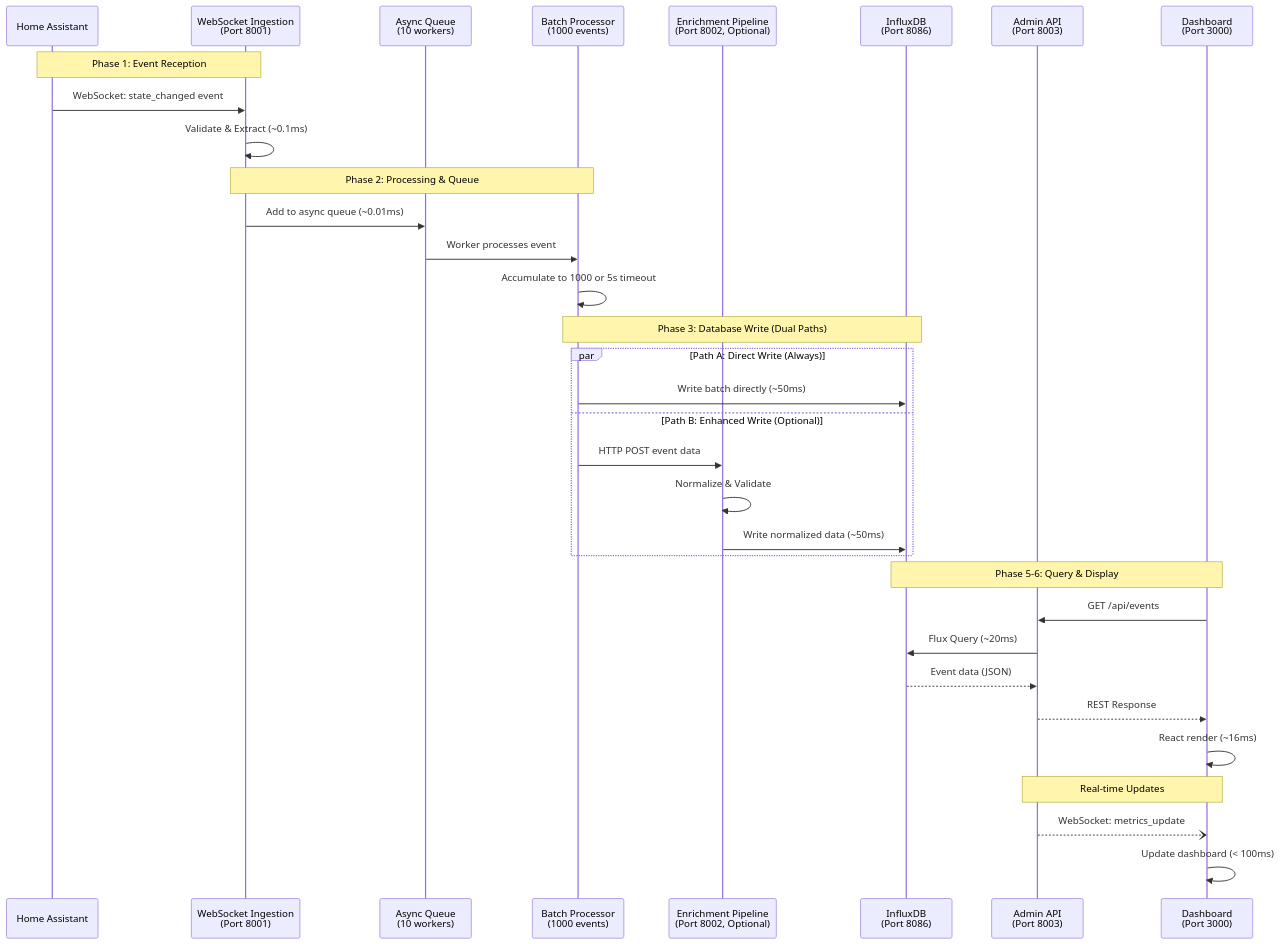
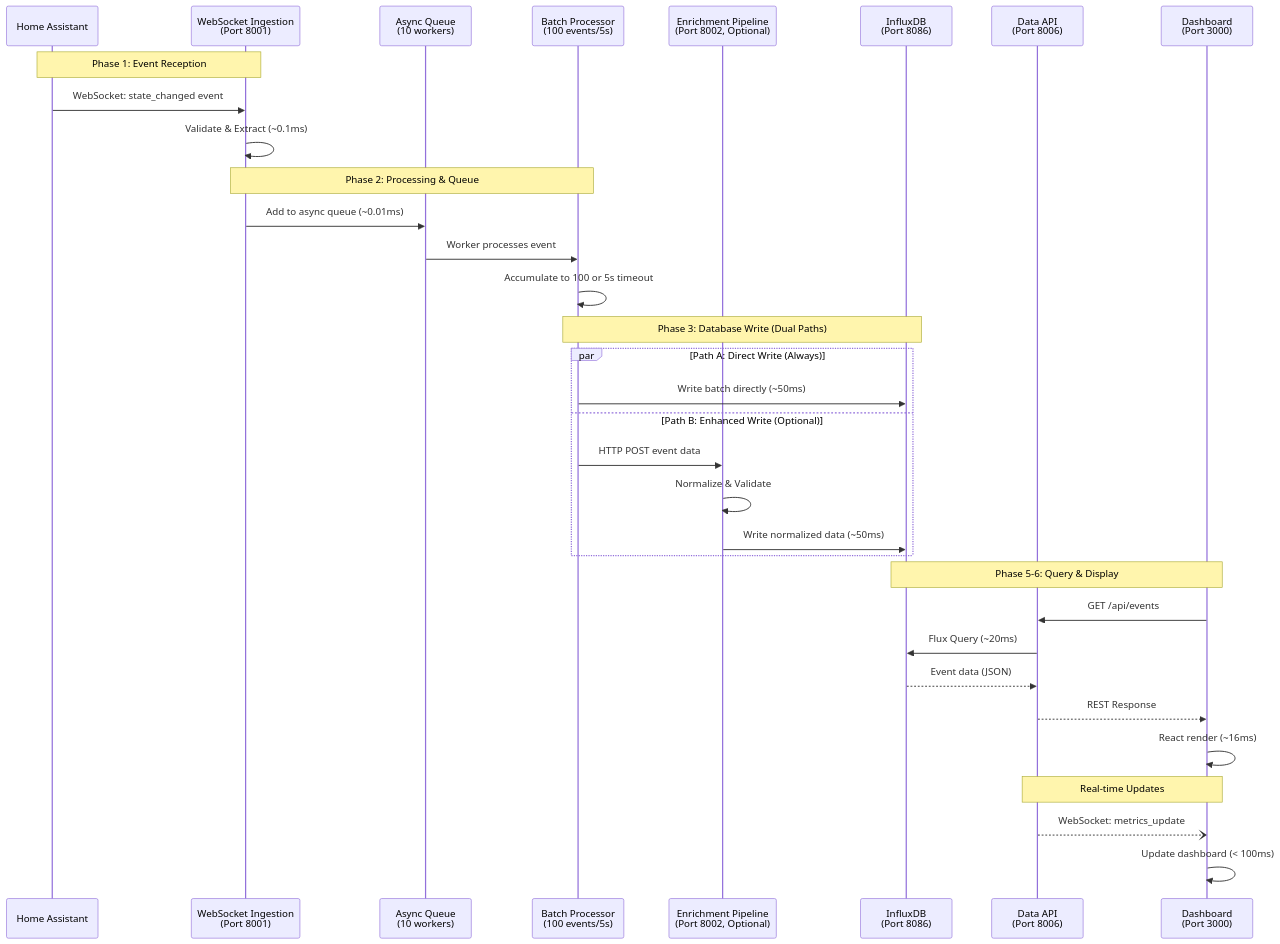
One commit to wtthornton/ha-ingestor changed the diagram in implementation/analysis/HA_EVENT_CALL_TREE.md. Above: the diagram before and after it, drawn with Mermaid. The commit also changed other lines of this file and 61 other files, not shown here.

````diff
--- a/implementation/analysis/HA_EVENT_CALL_TREE.md
+++ b/implementation/analysis/HA_EVENT_CALL_TREE.md
@@ -143,40 +144,40 @@
 ```mermaid
 sequenceDiagram
     participant HA as Home Assistant
     participant WS as WebSocket Ingestion<br/>(Port 8001)
     participant Queue as Async Queue<br/>(10 workers)
-    participant Batch as Batch Processor<br/>(1000 events)
+    participant Batch as Batch Processor<br/>(100 events/5s)
     participant EP as Enrichment Pipeline<br/>(Port 8002, Optional)
     participant DB as InfluxDB<br/>(Port 8086)
-    participant API as Admin API<br/>(Port 8003)
+    participant API as Data API<br/>(Port 8006)
     participant UI as Dashboard<br/>(Port 3000)
     
     Note over HA,WS: Phase 1: Event Reception
     HA->>WS: WebSocket: state_changed event
     WS->>WS: Validate & Extract (~0.1ms)
     
     Note over WS,Batch: Phase 2: Processing & Queue
     WS->>Queue: Add to async queue (~0.01ms)
     Queue->>Batch: Worker processes event
-    Batch->>Batch: Accumulate to 1000 or 5s timeout
+    Batch->>Batch: Accumulate to 100 or 5s timeout
     
     Note over Batch,DB: Phase 3: Database Write (Dual Paths)
     par Path A: Direct Write (Always)
         Batch->>DB: Write batch directly (~50ms)
     and Path B: Enhanced Write (Optional)
         Batch->>EP: HTTP POST event data
         EP->>EP: Normalize & Validate
         EP->>DB: Write normalized data (~50ms)
     end
     
     Note over UI,DB: Phase 5-6: Query & Display
     UI->>API: GET /api/events
     API->>DB: Flux Query (~20ms)
     DB-->>API: Event data (JSON)
     API-->>UI: REST Response
     UI->>UI: React render (~16ms)
     
     Note over API,UI: Real-time Updates
     API--)UI: WebSocket: metrics_update
     UI->>UI: Update dashboard (< 100ms)
 ```
````
